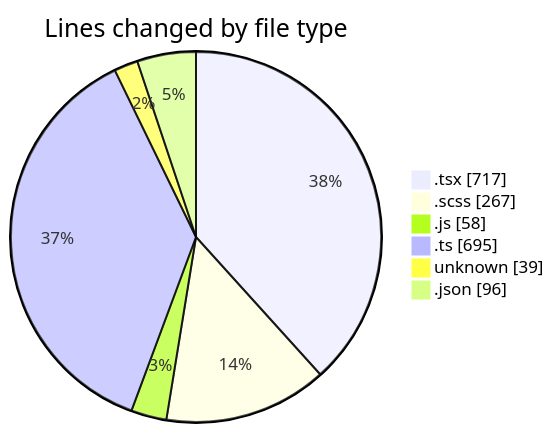
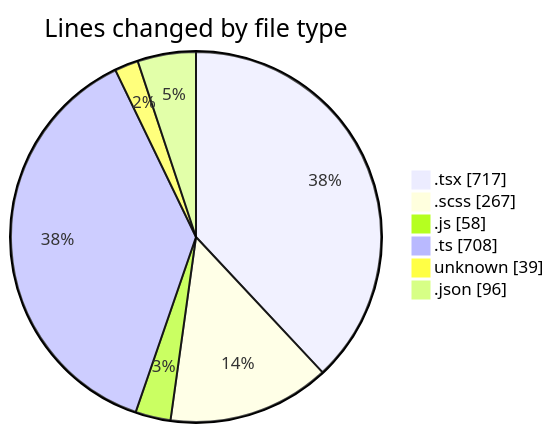
Before and after one commit to momahboobian/code-tracking: the first of 2 diagrams in 2025-05-02/cda/README.md, drawn with Mermaid. The commit also changed other lines of this file and 1 other file, not shown here.

````diff
--- a/2025-05-02/cda/README.md
+++ b/2025-05-02/cda/README.md
@@ -31,10 +31,10 @@
 ```mermaid
 pie showData
 title Lines changed by file type
 ".tsx" : 717
 ".scss" : 267
 ".js" : 58
-".ts" : 695
+".ts" : 708
 "unknown" : 39
 ".json" : 96
 ```
````
